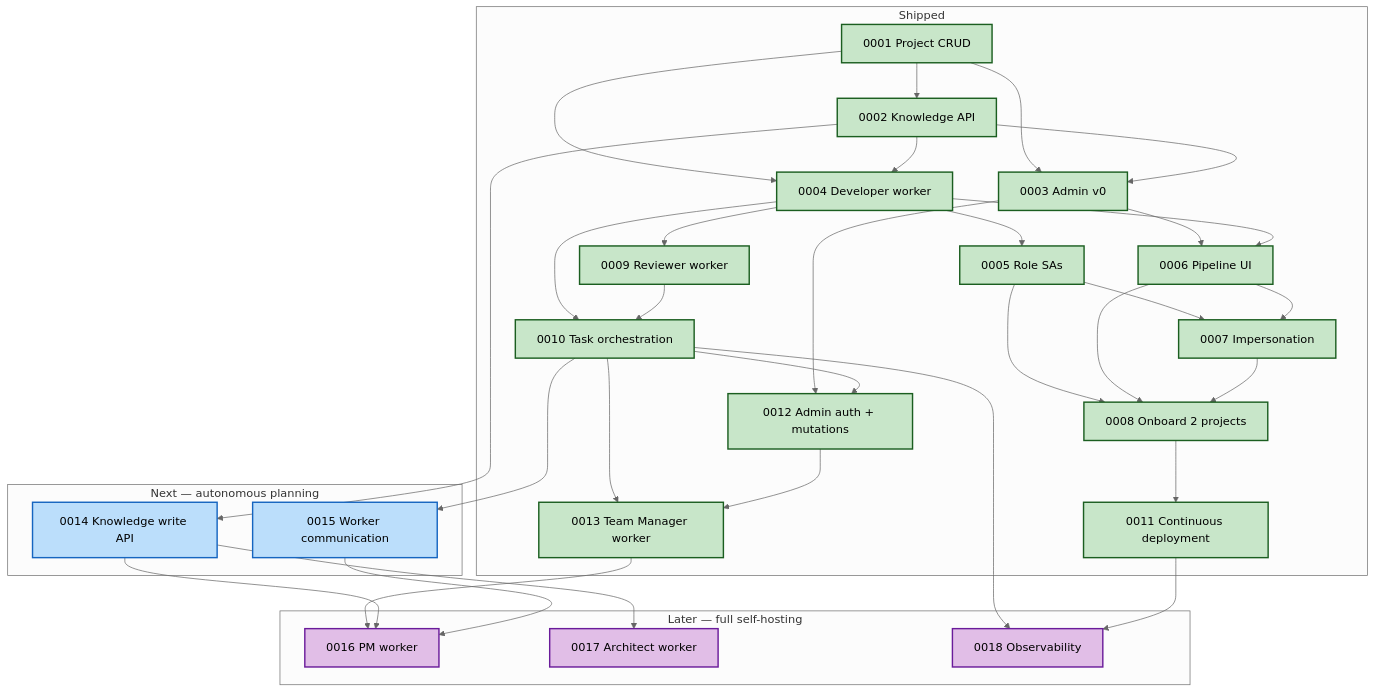
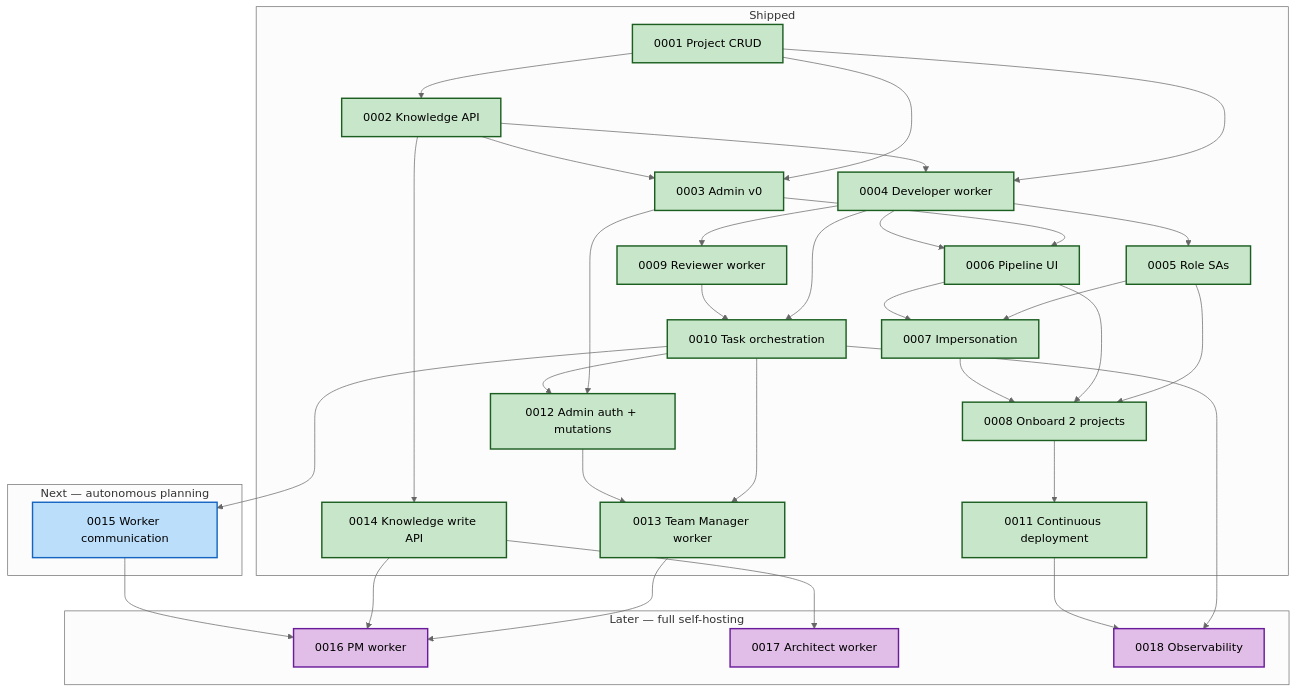
Before and after one commit to coder-devx/coder-system: the diagram in system/product-specs/ROADMAP.md, drawn with Mermaid (neutral theme). The commit also changed other lines of this file and 6 other files, not shown here.

First line of the commit message:
docs: ship spec 0014 — Knowledge write API

````diff
--- a/system/product-specs/ROADMAP.md
+++ b/system/product-specs/ROADMAP.md
@@ -302,74 +308,74 @@
 ```mermaid
 flowchart TB
   subgraph shipped [Shipped]
     s1["0001 Project CRUD"]
     s2["0002 Knowledge API"]
     s3["0003 Admin v0"]
     s4["0004 Developer worker"]
     s5["0005 Role SAs"]
     s6["0006 Pipeline UI"]
     s7["0007 Impersonation"]
     s8["0008 Onboard 2 projects"]
     s9["0009 Reviewer worker"]
     s10["0010 Task orchestration"]
     s11["0011 Continuous deployment"]
     s12["0012 Admin auth + mutations"]
     s13["0013 Team Manager worker"]
+    s14["0014 Knowledge write API"]
   end
 
   subgraph next ["Next — autonomous planning"]
-    s14["0014 Knowledge write API"]
     s15["0015 Worker communication"]
   end
 
   subgraph later ["Later — full self-hosting"]
     s16["0016 PM worker"]
     s17["0017 Architect worker"]
     s18["0018 Observability"]
   end
 
   %% Shipped internal deps
   s1 --> s2
   s1 --> s3
   s1 --> s4
   s2 --> s3
   s2 --> s4
   s3 --> s6
   s4 --> s5
   s4 --> s6
   s5 --> s7
   s6 --> s7
   s5 --> s8
   s6 --> s8
   s7 --> s8
 
   %% Now deps
   s4 --> s9
   s4 --> s10
   s9 --> s10
   s8 --> s11
   s3 --> s12
   s10 --> s12
 
   %% Next deps
   s10 --> s13
   s12 --> s13
   s2 --> s14
   s10 --> s15
 
   %% Later deps
   s13 --> s16
   s14 --> s16
   s15 --> s16
   s14 --> s17
   s10 --> s18
   s11 --> s18
 
   classDef shipped fill:#c8e6c9,stroke:#1b5e20,stroke-width:2px
   classDef next fill:#bbdefb,stroke:#1565c0,stroke-width:2px
   classDef later fill:#e1bee7,stroke:#6a1b9a,stroke-width:2px
 
-  class s1,s2,s3,s4,s5,s6,s7,s8,s9,s10,s11,s12,s13 shipped
-  class s14,s15 next
+  class s1,s2,s3,s4,s5,s6,s7,s8,s9,s10,s11,s12,s13,s14 shipped
+  class s15 next
   class s16,s17,s18 later
 ```
````
